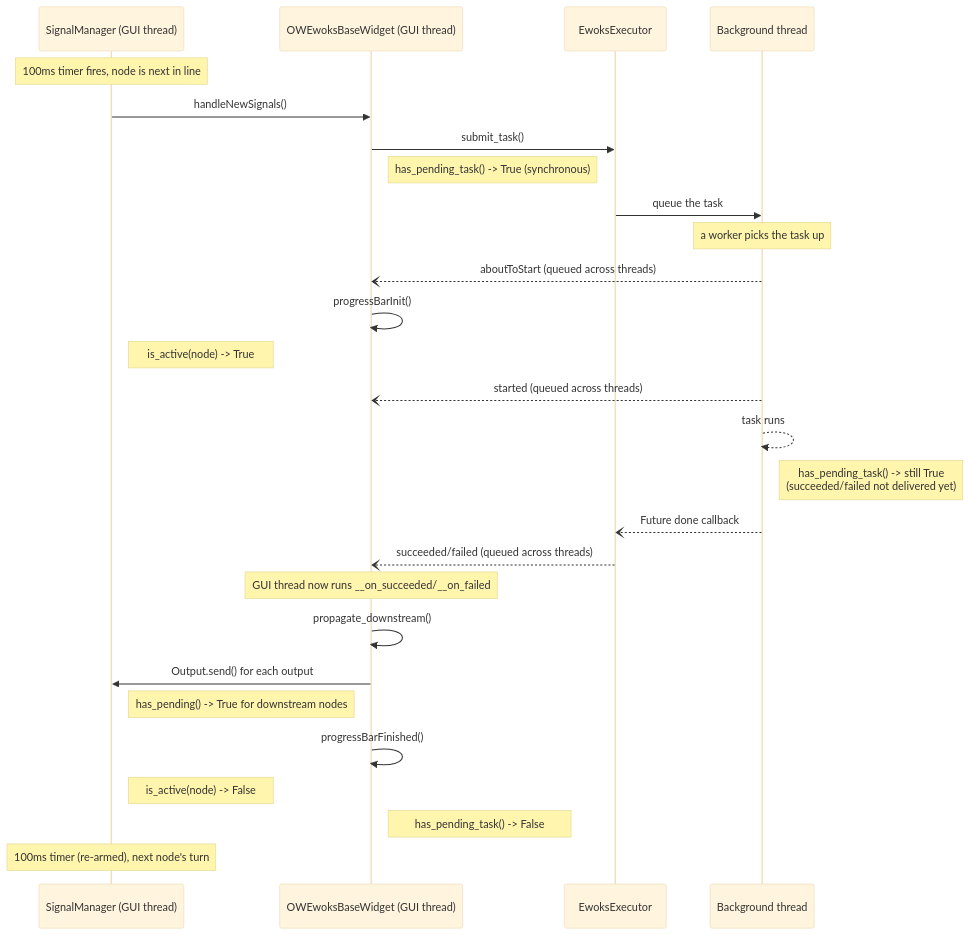
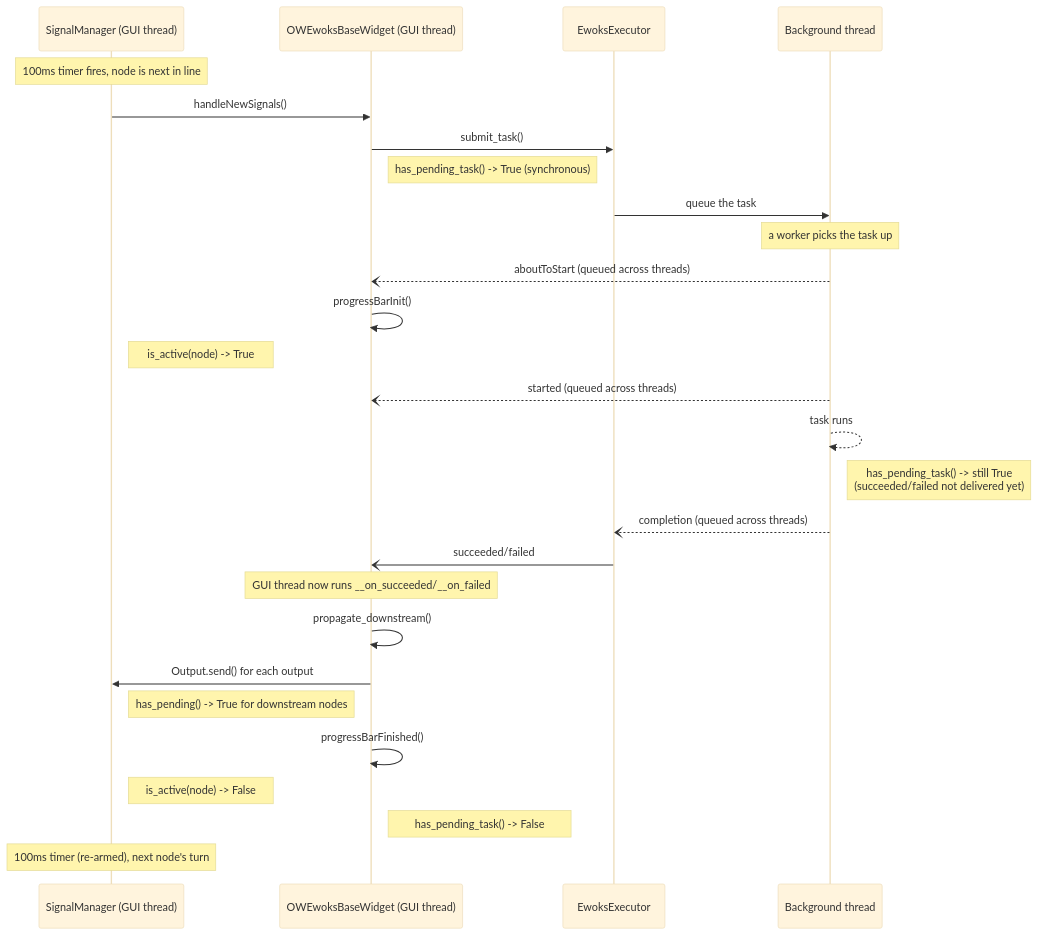
Before and after one commit to ewoks-kit/ewoksorange: the first of 2 diagrams in doc/explanations/execution.rst, drawn with Mermaid (base theme). The commit also changed other lines of this file and 3 other files, not shown here.

Commit message:
Doc: executor contract, corrected backend diagrams and a glossary

```diff
--- a/doc/explanations/execution.rst
+++ b/doc/explanations/execution.rst
@@ -38,33 +38,33 @@
 .. mermaid::
 
     sequenceDiagram
         participant SM as SignalManager (GUI thread)
         participant W as OWEwoksBaseWidget (GUI thread)
         participant EX as EwoksExecutor
         participant BG as Background thread
 
         Note over SM: 100ms timer fires, node is next in line
         SM->>W: handleNewSignals()
         W->>EX: submit_task()
         Note right of W: has_pending_task() -> True (synchronous)
         EX->>BG: queue the task
         Note over BG: a worker picks the task up
         BG--)W: aboutToStart (queued across threads)
         W->>W: progressBarInit()
         Note right of SM: is_active(node) -> True
         BG--)W: started (queued across threads)
 
         BG-->>BG: task runs
         Note right of BG: has_pending_task() -> still True<br/>(succeeded/failed not delivered yet)
-        BG--)EX: Future done callback
-        EX--)W: succeeded/failed (queued across threads)
+        BG--)EX: completion (queued across threads)
+        EX-)W: succeeded/failed
 
         Note over W: GUI thread now runs __on_succeeded/__on_failed
         W->>W: propagate_downstream()
         W->>SM: Output.send() for each output
         Note right of SM: has_pending() -> True for downstream nodes
         W->>W: progressBarFinished()
         Note right of SM: is_active(node) -> False
         Note right of W: has_pending_task() -> False
 
         Note over SM: 100ms timer (re-armed), next node's turn
```
